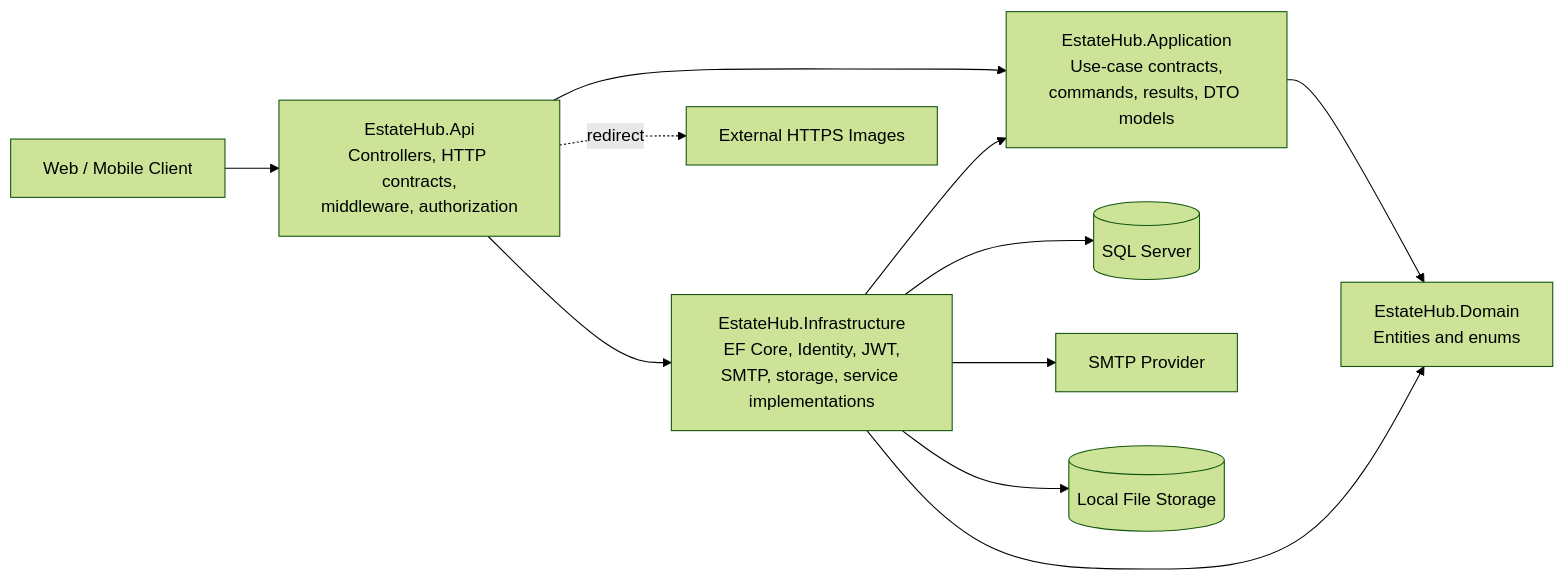
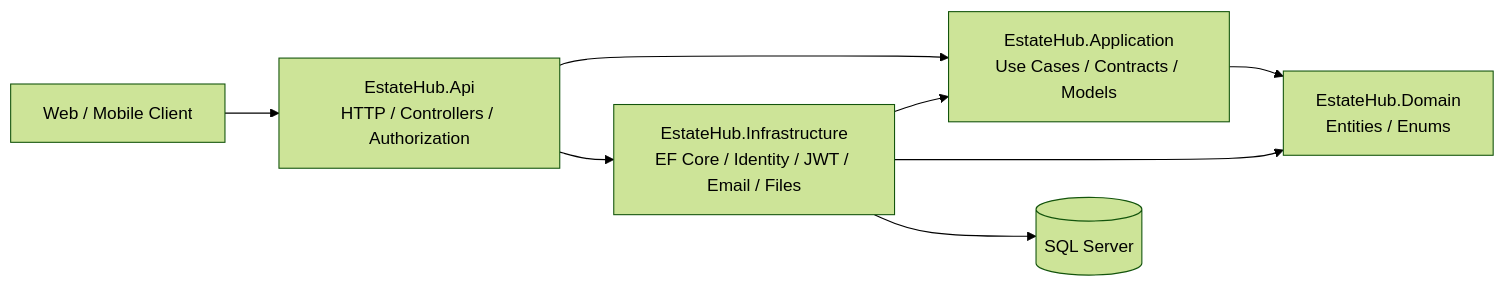
Before and after one commit to AhmedSaad-EGY/EStateHub: the diagram in README.md, drawn with Mermaid (forest theme). The commit also changed other lines of this file, not shown here.

````diff
--- a/README.md
+++ b/README.md
@@ -70,23 +255,26 @@
 ```mermaid
 flowchart LR
     Client[Web / Mobile Client]
-    API[EstateHub.Api<br/>Controllers, HTTP contracts,<br/>middleware, authorization]
-    APP[EstateHub.Application<br/>Use-case contracts,<br/>commands, results, DTO models]
-    INFRA[EstateHub.Infrastructure<br/>EF Core, Identity, JWT,<br/>SMTP, storage, service implementations]
-    DOMAIN[EstateHub.Domain<br/>Entities and enums]
+
+    API[EstateHub.Api<br/>HTTP / Controllers / Authorization]
+
+    APP[EstateHub.Application<br/>Use Cases / Contracts / Models]
+
+    INFRA[EstateHub.Infrastructure<br/>EF Core / Identity / JWT / Email / Files]
+
+    DOMAIN[EstateHub.Domain<br/>Entities / Enums]
+
     DB[(SQL Server)]
-    SMTP[SMTP Provider]
-    FILES[(Local File Storage)]
-    CDN[External HTTPS Images]
 
     Client --> API
+
     API --> APP
     API --> INFRA
+
     INFRA --> APP
+    INFRA --> DOMAIN
+
     APP --> DOMAIN
-    INFRA --> DOMAIN
+
     INFRA --> DB
-    INFRA --> SMTP
-    INFRA --> FILES
-    API -. redirect .-> CDN
 ```
````
